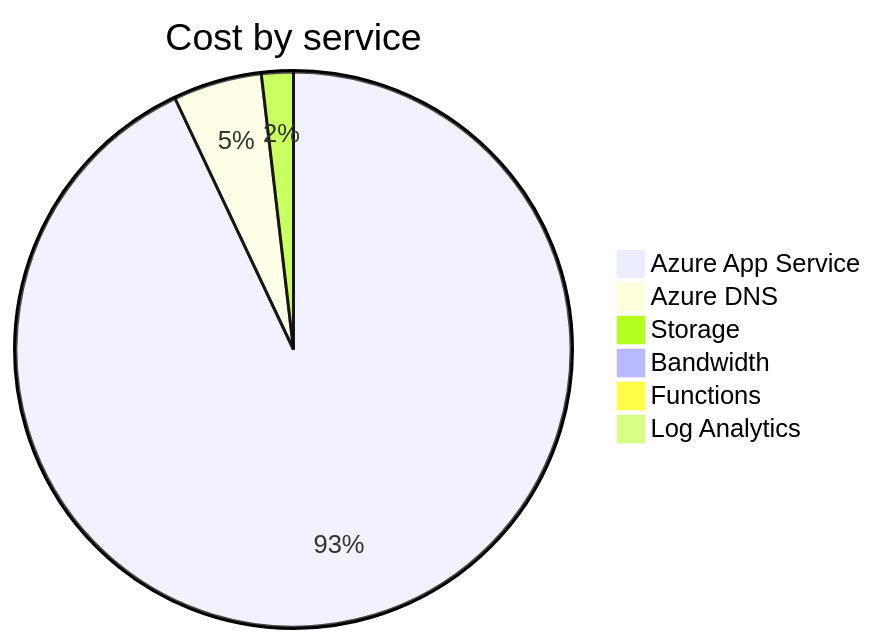
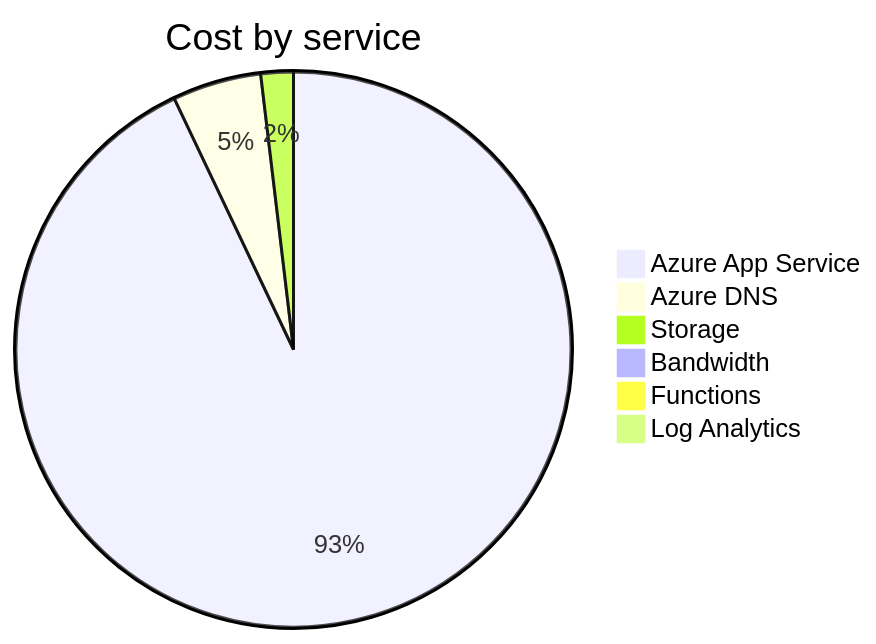
The second of 4 diagrams in cost-reports/accumulated-cost.md (jpfulton/azure-personal-reports), drawn with Mermaid before and after one commit. The commit also changed other lines of this file and 4 other files, not shown here.

````diff
--- a/cost-reports/accumulated-cost.md
+++ b/cost-reports/accumulated-cost.md
@@ -98,10 +98,10 @@
 ```mermaid
 pie
    title Cost by service
-   "Azure App Service" : 14.05
-   "Azure DNS" : 0.78
-   "Storage" : 0.28
+   "Azure App Service" : 14.75
+   "Azure DNS" : 0.82
+   "Storage" : 0.30
    "Bandwidth" : 0.00
    "Functions" : 0.00
    "Log Analytics" : 0.00
 ```
````
